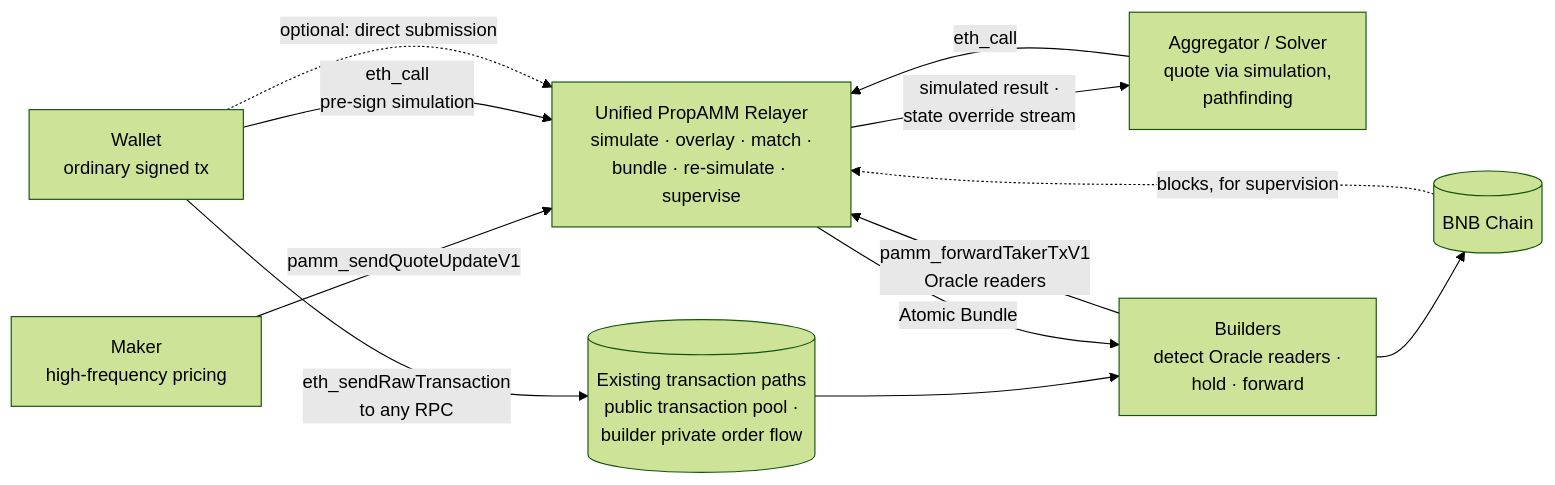
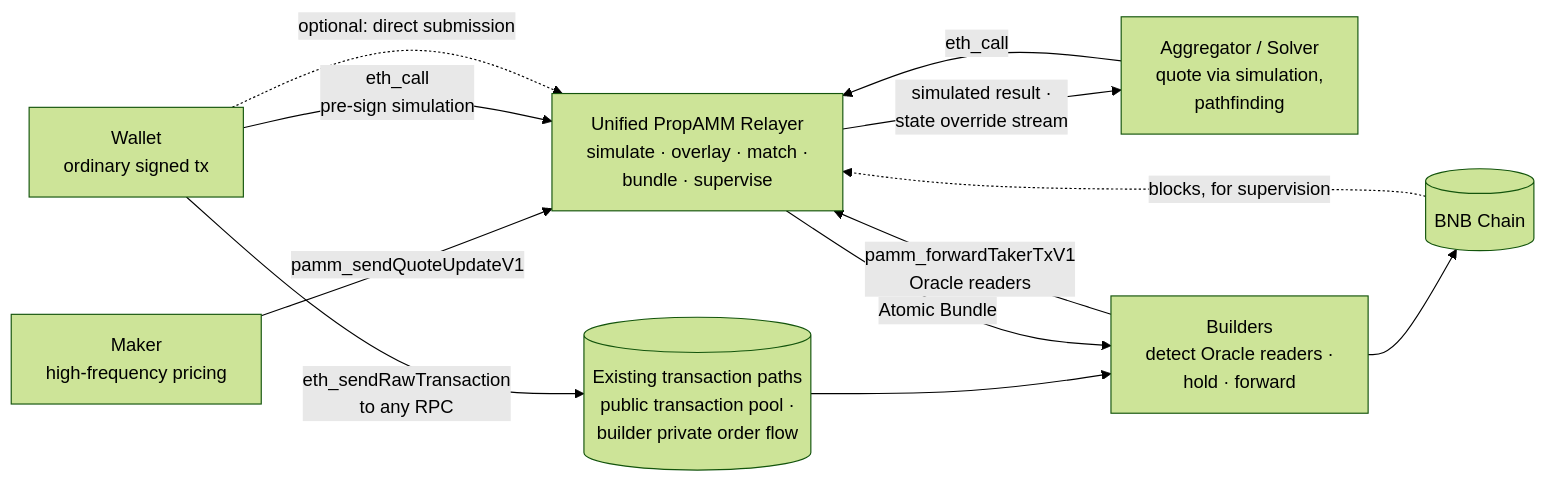
Before and after one commit to bnb-chain/BEPs: the first of 2 diagrams in BAPs/BAP-710.md, drawn with Mermaid (forest theme). The commit also changed other lines of this file, not shown here.

````diff
--- a/BAPs/BAP-710.md
+++ b/BAPs/BAP-710.md
@@ -115,22 +111,22 @@
 ```mermaid
 flowchart LR
     M[Maker<br/>high-frequency pricing]
     W[Wallet<br/>ordinary signed tx]
     S[Aggregator / Solver<br/>quote via simulation,<br/>pathfinding]
     P[(Existing transaction paths<br/>public transaction pool ·<br/>builder private order flow)]
     B[Builders<br/>detect Oracle readers ·<br/>hold · forward]
-    R[Unified PropAMM Relayer<br/>simulate · overlay · match ·<br/>bundle · re-simulate · supervise]
+    R[Unified PropAMM Relayer<br/>simulate · overlay · match ·<br/>bundle · supervise]
     C[(BNB Chain)]
 
     M -->|pamm_sendQuoteUpdateV1| R
     S -->|eth_call| R
     R -->|simulated result ·<br/>state override stream| S
     W -->|eth_call<br/>pre-sign simulation| R
     W -->|eth_sendRawTransaction<br/>to any RPC| P
     P --> B
     B -->|pamm_forwardTakerTxV1<br/>Oracle readers| R
     R -->|Atomic Bundle| B
     W -.->|optional: direct submission| R
     B --> C
     C -.->|blocks, for supervision| R
 ```
````
